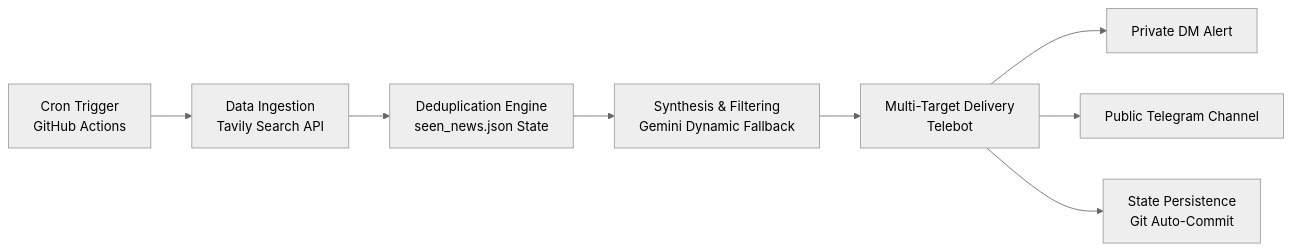
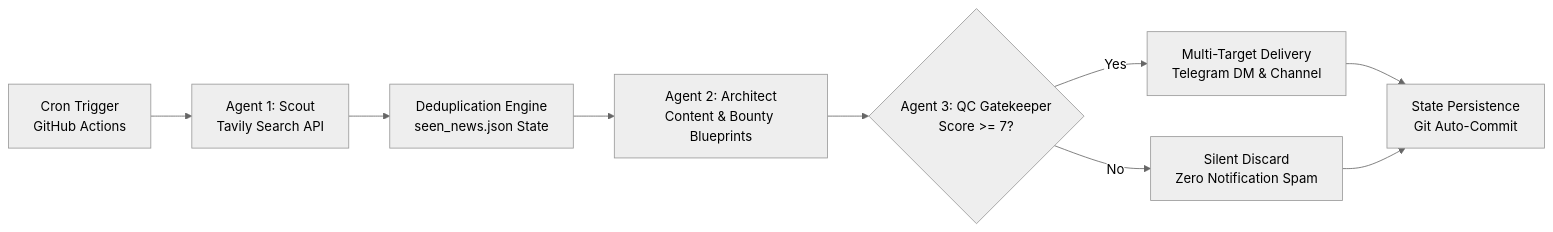
One commit to riyankhamdani/Agency-Agent changed the diagram in README.md. Above: the diagram before and after it, drawn with Mermaid (neutral theme). The commit also changed other lines of this file, not shown here.

````diff
--- a/README.md
+++ b/README.md
@@ -16,10 +16,11 @@
 ```mermaid
 flowchart LR
-    A[Cron Trigger\nGitHub Actions] --> B[Data Ingestion\nTavily Search API]
-    B --> C[Deduplication Engine\nseen_news.json State]
-    C --> D[Synthesis & Filtering\nGemini Dynamic Fallback]
-    D --> E[Multi-Target Delivery\nTelebot]
-    E --> F[Private DM Alert]
-    E --> G[Public Telegram Channel]
-    E --> H[State Persistence\nGit Auto-Commit]
+    A["Cron Trigger<br/>GitHub Actions"] --> B["Agent 1: Scout<br/>Tavily Search API"]
+    B --> C["Deduplication Engine<br/>seen_news.json State"]
+    C --> D["Agent 2: Architect<br/>Content & Bounty Blueprints"]
+    D --> E{"Agent 3: QC Gatekeeper<br/>Score >= 7?"}
+    E -- Yes --> F["Multi-Target Delivery<br/>Telegram DM & Channel"]
+    E -- No --> G["Silent Discard<br/>Zero Notification Spam"]
+    F --> H["State Persistence<br/>Git Auto-Commit"]
+    G --> H
 ```
````
